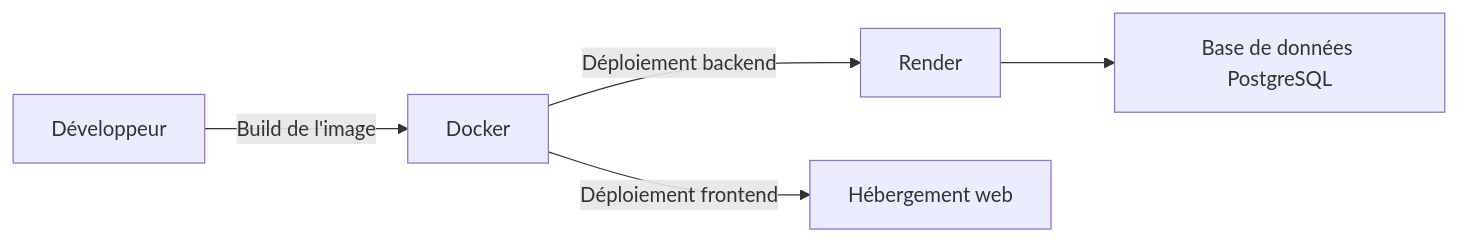
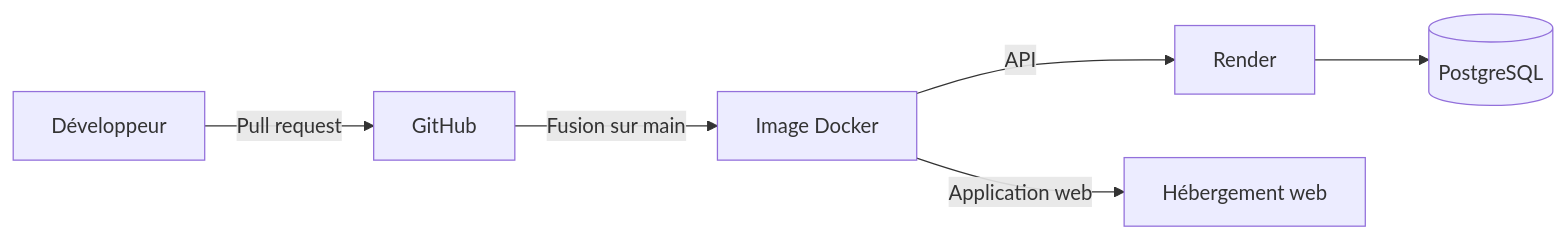
Before and after one commit to Dawie33/training-camp: the second of 2 diagrams in README.md, drawn with Mermaid. The commit also changed other lines of this file and 8 other files, not shown here.

````diff
--- a/README.md
+++ b/README.md
@@ -79,7 +88,8 @@
 ```mermaid
 graph LR
-    A[Développeur] -->|Build de l'image| B[Docker]
-    B -->|Déploiement backend| C[Render]
-    B -->|Déploiement frontend| D[Hébergement web]
-    C --> E[Base de données PostgreSQL]
+    A[Développeur] -->|Pull request| B[GitHub]
+    B -->|Fusion sur main| C[Image Docker]
+    C -->|API| D[Render]
+    D --> E[(PostgreSQL)]
+    C -->|Application web| F[Hébergement web]
 ```
````
